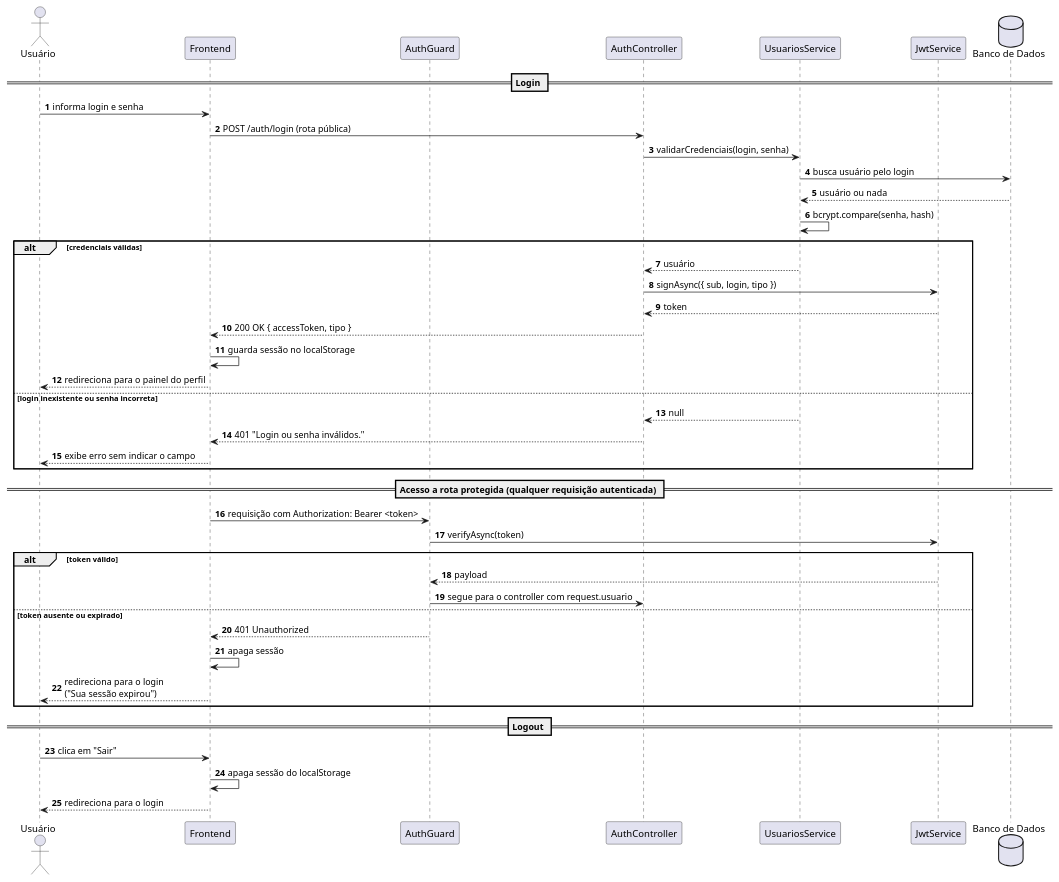
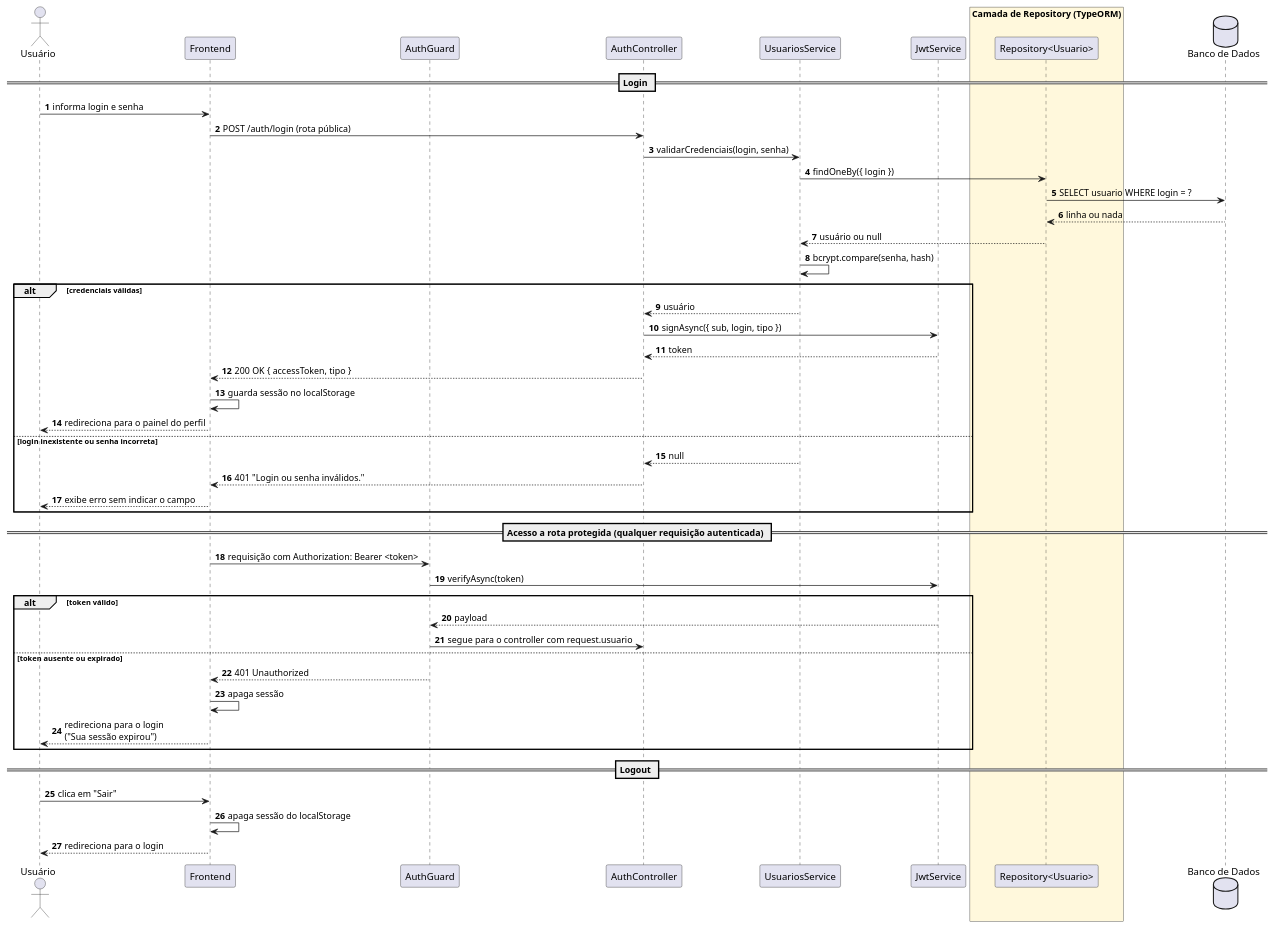
The diagram in docs/diagramas/sequencia/uc03-realizar-login.puml (pazzutti/lab03-sistema-moeda-estudantil), drawn with PlantUML before and after one commit. The commit also changed 21 other files, not shown here.

```diff
--- a/docs/diagramas/sequencia/uc03-realizar-login.puml
+++ b/docs/diagramas/sequencia/uc03-realizar-login.puml
@@ -1,57 +1,62 @@
 @startuml uc03_realizar_login
 ' =====================================================================
 ' Sistema de Moeda Estudantil
 ' Diagrama de Sequencia - UC03 Realizar login (HU01 / HU02)
 ' Fonte versionada em docs/diagramas/sequencia/uc03-realizar-login.puml
 ' =====================================================================
 
 skinparam shadowing false
 autonumber
 
 actor "Usuário" as Usuario
 participant Frontend
 participant "AuthGuard" as Guard
 participant "AuthController" as Controller
 participant "UsuariosService" as Usuarios
 participant "JwtService" as Jwt
+box "Camada de Repository (TypeORM)" #FFF8DC
+  participant "Repository<Usuario>" as UsuarioRepo
+end box
 database "Banco de Dados" as BD
 
 == Login ==
 Usuario -> Frontend : informa login e senha
 Frontend -> Controller : POST /auth/login (rota pública)
 Controller -> Usuarios : validarCredenciais(login, senha)
-Usuarios -> BD : busca usuário pelo login
-BD --> Usuarios : usuário ou nada
+Usuarios -> UsuarioRepo : findOneBy({ login })
+UsuarioRepo -> BD : SELECT usuario WHERE login = ?
+BD --> UsuarioRepo : linha ou nada
+UsuarioRepo --> Usuarios : usuário ou null
 Usuarios -> Usuarios : bcrypt.compare(senha, hash)
 
 alt credenciais válidas
   Usuarios --> Controller : usuário
   Controller -> Jwt : signAsync({ sub, login, tipo })
   Jwt --> Controller : token
   Controller --> Frontend : 200 OK { accessToken, tipo }
   Frontend -> Frontend : guarda sessão no localStorage
   Frontend --> Usuario : redireciona para o painel do perfil
 else login inexistente ou senha incorreta
   Usuarios --> Controller : null
   Controller --> Frontend : 401 "Login ou senha inválidos."
   Frontend --> Usuario : exibe erro sem indicar o campo
 end
 
 == Acesso a rota protegida (qualquer requisição autenticada) ==
 Frontend -> Guard : requisição com Authorization: Bearer <token>
 Guard -> Jwt : verifyAsync(token)
 alt token válido
   Jwt --> Guard : payload
   Guard -> Controller : segue para o controller com request.usuario
 else token ausente ou expirado
   Guard --> Frontend : 401 Unauthorized
   Frontend -> Frontend : apaga sessão
   Frontend --> Usuario : redireciona para o login\n("Sua sessão expirou")
 end
 
 == Logout ==
 Usuario -> Frontend : clica em "Sair"
 Frontend -> Frontend : apaga sessão do localStorage
 Frontend --> Usuario : redireciona para o login
 
 @enduml
```
